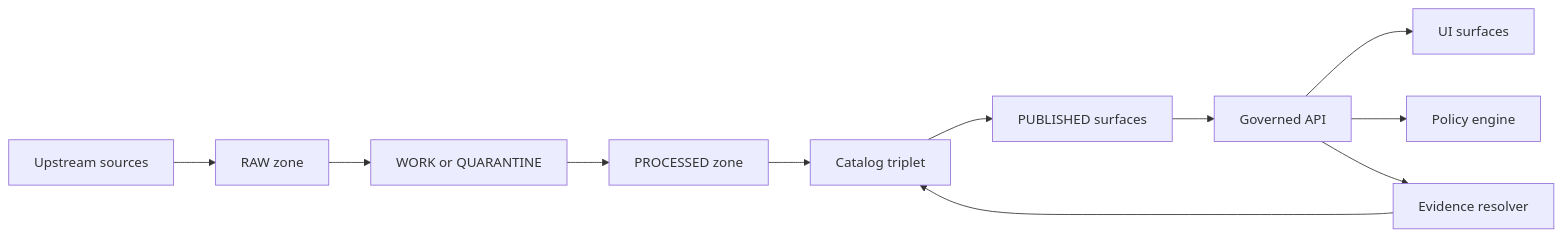
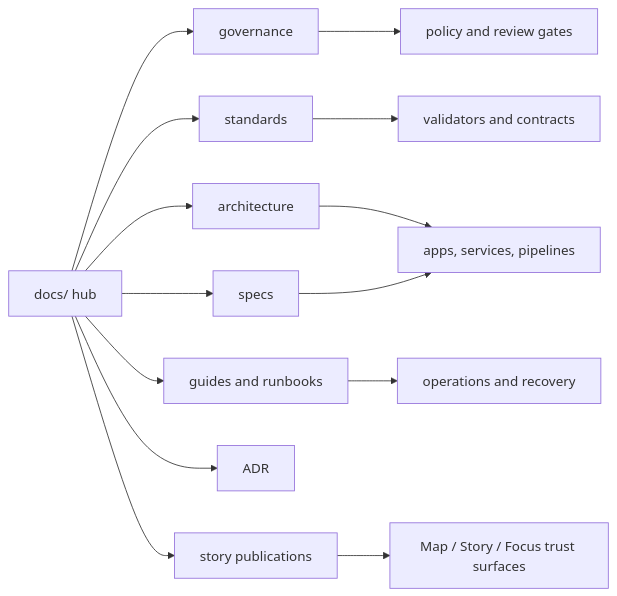
The diagram in docs/README.md (bartytime4life/Kansas-Frontier-Matrix), drawn with Mermaid before and after one commit. The commit also changed other lines of this file, not shown here.

````diff
--- a/docs/README.md
+++ b/docs/README.md
@@ -120,14 +65,17 @@
 ```mermaid
 flowchart LR
-  Up[Upstream sources] --> RAW[RAW zone]
-  RAW --> WORK[WORK or QUARANTINE]
-  WORK --> PROCESSED[PROCESSED zone]
-  PROCESSED --> CATALOG[Catalog triplet]
-  CATALOG --> PUBLISHED[PUBLISHED surfaces]
+  A[docs/ hub] --> B[governance]
+  A --> C[standards]
+  A --> D[architecture]
+  A --> E[specs]
+  A --> F[guides and runbooks]
+  A --> G[ADR]
+  A --> H[story publications]
 
-  PUBLISHED --> API[Governed API]
-  API --> UI[UI surfaces]
-  API --> POL[Policy engine]
-  API --> EV[Evidence resolver]
-  EV --> CATALOG
+  B --> I[policy and review gates]
+  C --> J[validators and contracts]
+  D --> K[apps, services, pipelines]
+  E --> K
+  F --> L[operations and recovery]
+  H --> M[Map / Story / Focus trust surfaces]
 ```
````
